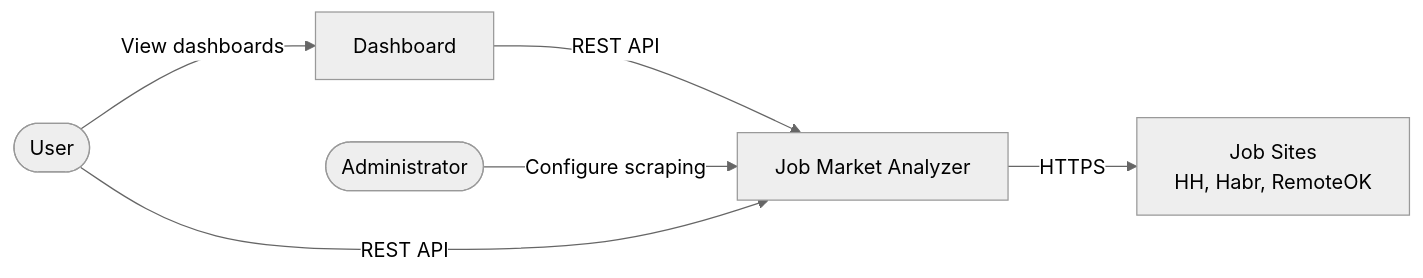
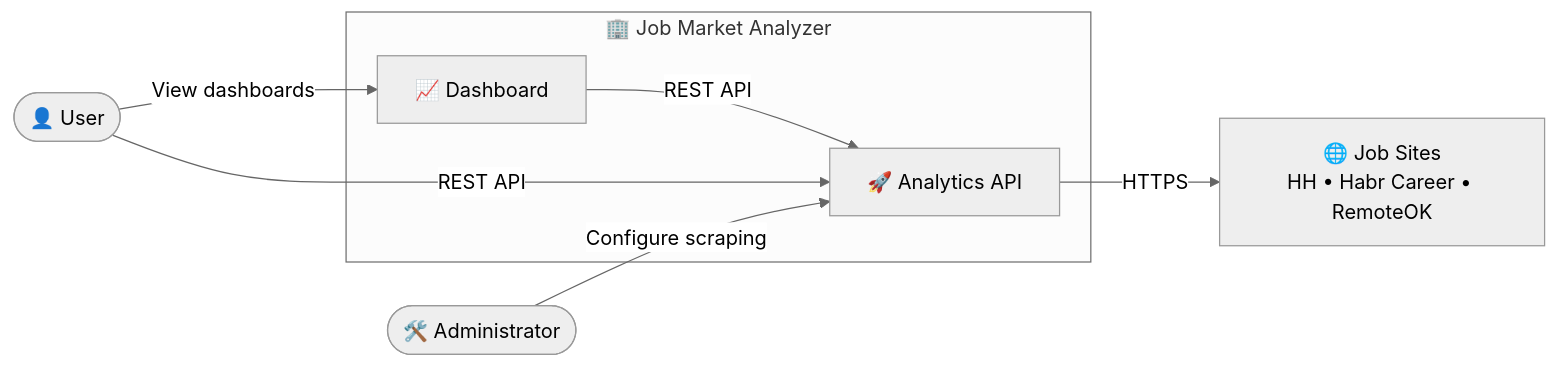
Before and after one commit to ma1sky/job_market_analyzer: the diagram in docs/diagrams/c1-context.mmd, drawn with Mermaid (neutral theme). The commit also changed 9 other files, not shown here.

Commit message:
diagram changes

```diff
--- a/docs/diagrams/c1-context.mmd
+++ b/docs/diagrams/c1-context.mmd
@@ -1,15 +1,43 @@
 flowchart LR
 
-    user([User])
-    admin([Administrator])
+%% ============================================================
+%% External Actors
+%% ============================================================
 
-    app["Job Market Analyzer"]
+user(["👤 User"])
+admin(["🛠️ Administrator"])
 
-    sites["Job Sites\nHH, Habr, RemoteOK"]
-    dashboard["Dashboard"]
+sites["🌐 Job Sites<br/>HH • Habr Career • RemoteOK"]
 
-    user -->|"View dashboards"| dashboard
-    dashboard -->|"REST API"| app
-    admin -->|"Configure scraping"| app
-    app -->|"HTTPS"| sites
-    user -->|"REST API"| app
+%% ============================================================
+%% System
+%% ============================================================
+
+subgraph system["🏢 Job Market Analyzer"]
+
+    dashboard["📈 Dashboard"]
+    app["🚀 Analytics API"]
+
+end
+
+%% ============================================================
+%% Relationships
+%% ============================================================
+
+user -->|"View dashboards"| dashboard
+dashboard -->|"REST API"| app
+
+user -->|"REST API"| app
+
+admin -->|"Configure scraping"| app
+
+app -->|"HTTPS"| sites
+
+%% ============================================================
+%% Styles
+%% ============================================================
+
+class user,admin actor
+class app service
+class dashboard dashboard
+class sites external
```
